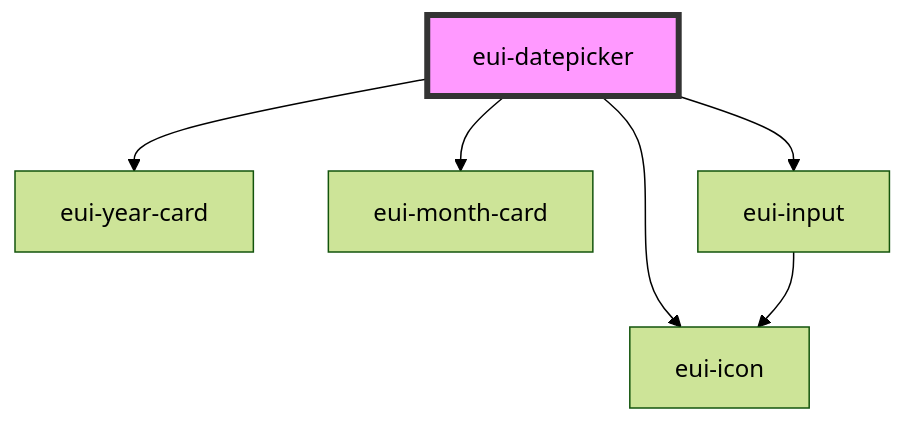
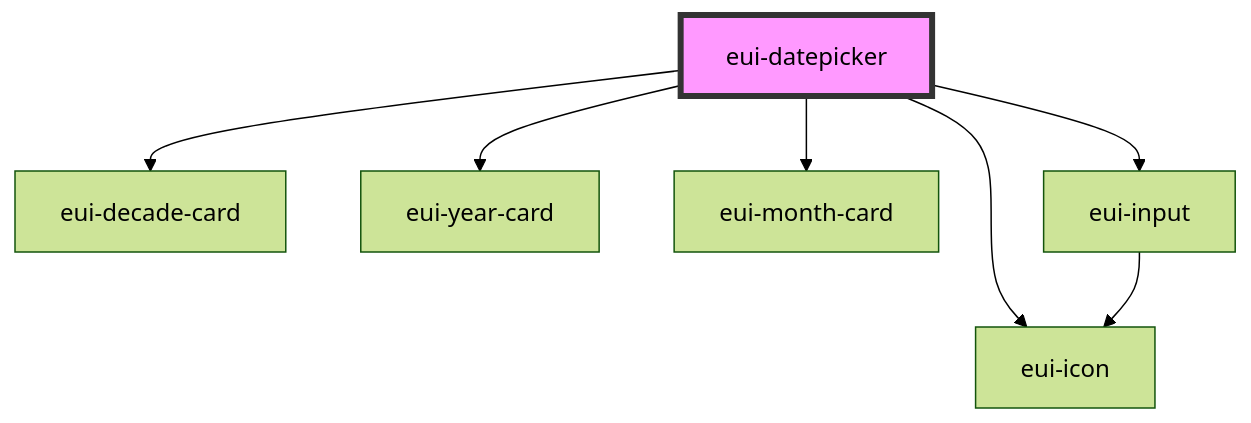
One commit to pnd-amirhosein/U_and_I changed the diagram in ensemble-ui/src/components/datepicker/readme.md. Above: the diagram before and after it, drawn with Mermaid (forest theme). The commit also changed other lines of this file and 8 other files, not shown here.

Commit message:
added decade card!

````diff
--- a/ensemble-ui/src/components/datepicker/readme.md
+++ b/ensemble-ui/src/components/datepicker/readme.md
@@ -38,9 +39,10 @@
 ```mermaid
 graph TD;
+  eui-datepicker --> eui-decade-card
   eui-datepicker --> eui-year-card
   eui-datepicker --> eui-month-card
   eui-datepicker --> eui-input
   eui-datepicker --> eui-icon
   eui-input --> eui-icon
   style eui-datepicker fill:#f9f,stroke:#333,stroke-width:4px
 ```
````
